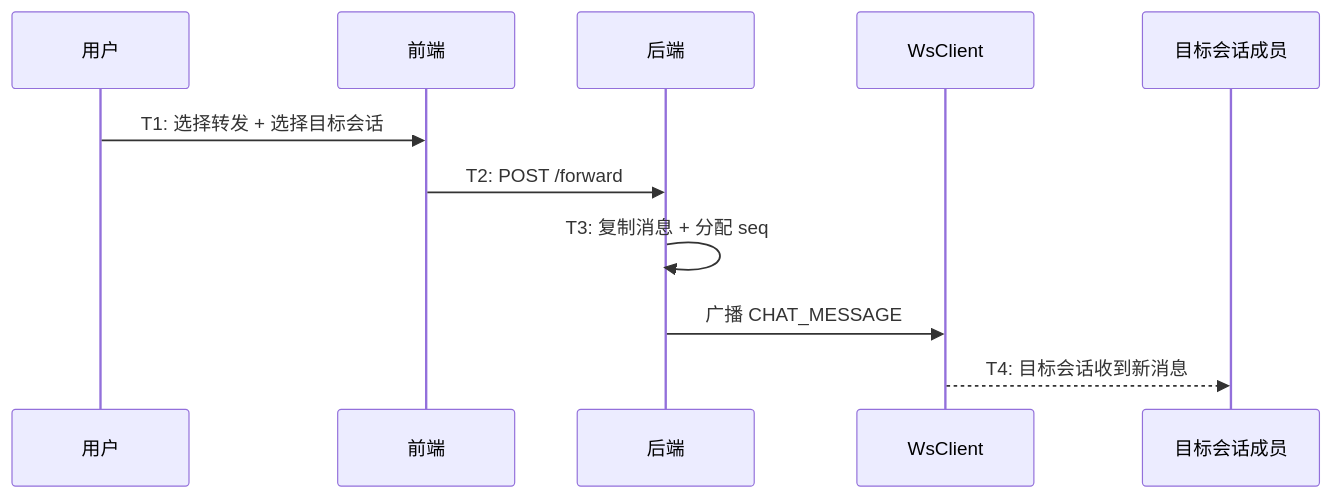
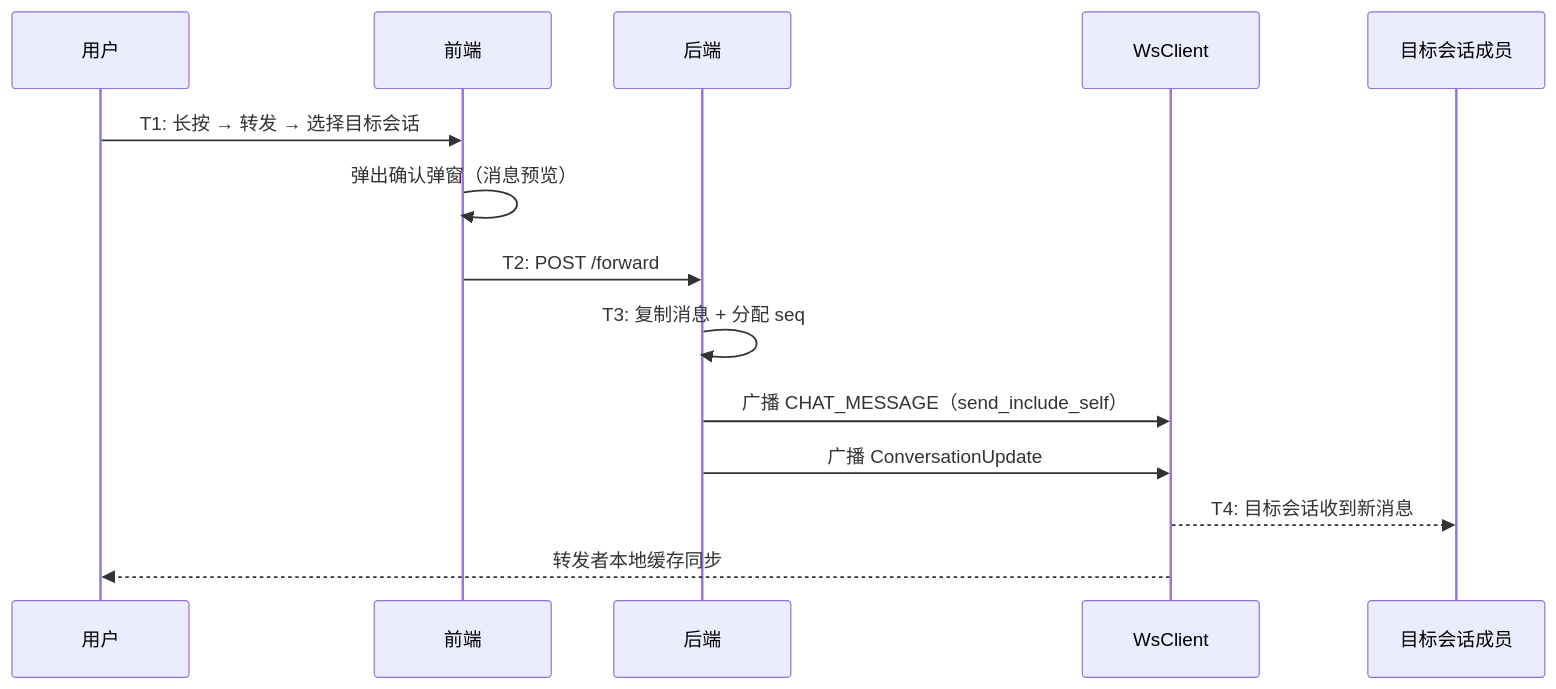
One commit to toly1994328/flash_im_by_ai changed the third of 3 diagrams in docs/features/im/operation/v0.0.2/analysis.md. Above: the diagram before and after it, drawn with Mermaid. The commit also changed other lines of this file and 15 other files, not shown here.

````diff
--- a/docs/features/im/operation/v0.0.2/analysis.md
+++ b/docs/features/im/operation/v0.0.2/analysis.md
@@ -119,14 +69,17 @@
 ```mermaid
 sequenceDiagram
     participant U as 用户
     participant FE as 前端
     participant API as 后端
     participant WS as WsClient
     participant Target as 目标会话成员
 
-    U->>FE: T1: 选择转发 + 选择目标会话
+    U->>FE: T1: 长按 → 转发 → 选择目标会话
+    FE->>FE: 弹出确认弹窗（消息预览）
     FE->>API: T2: POST /forward
     API->>API: T3: 复制消息 + 分配 seq
-    API->>WS: 广播 CHAT_MESSAGE
+    API->>WS: 广播 CHAT_MESSAGE（send_include_self）
+    API->>WS: 广播 ConversationUpdate
     WS-->>Target: T4: 目标会话收到新消息
+    WS-->>U: 转发者本地缓存同步
 ```
````
